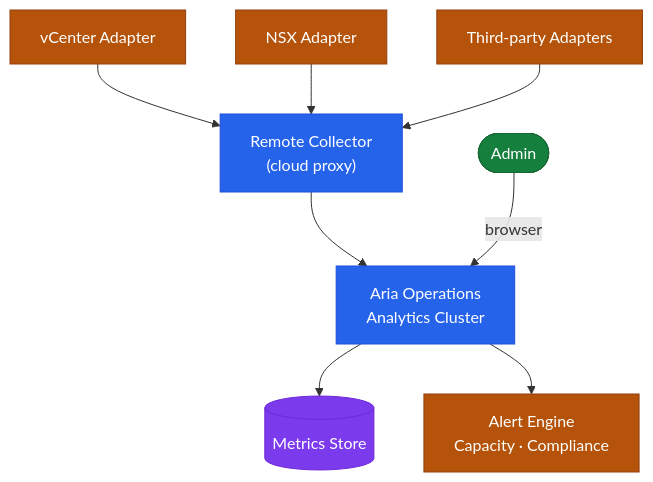
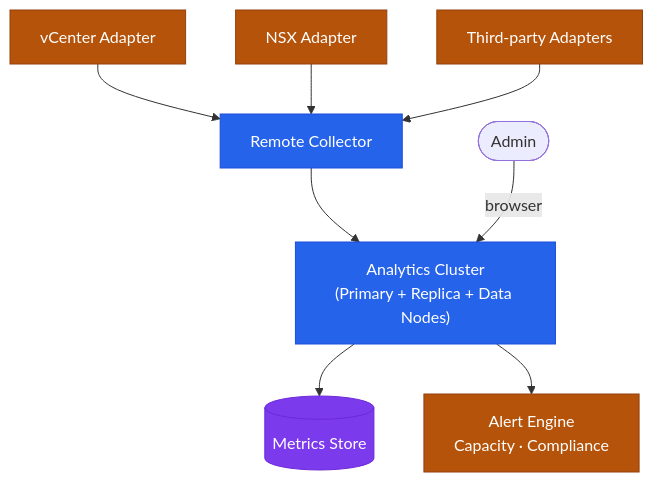
Before and after one commit to canast01/chris-kb: the diagram in docs/monitoring/aria-operations/architecture/index.md, drawn with Mermaid. The commit also changed other lines of this file and 38 other files, not shown here.

First line of the commit message:
Migrate 7 critical architecture pages and fix minor card descriptions

````diff
--- a/docs/monitoring/aria-operations/architecture/index.md
+++ b/docs/monitoring/aria-operations/architecture/index.md
@@ -9,16 +28,14 @@
 ```mermaid
 graph TB
-  ADP1["vCenter Adapter"] & ADP2["NSX Adapter"] & ADP3["Third-party Adapters"] --> COL["Remote Collector\n(cloud proxy)"]
-  COL --> ANAL["Aria Operations\nAnalytics Cluster"]
+  ADP1["vCenter Adapter"] & ADP2["NSX Adapter"] & ADP3["Third-party Adapters"] --> COL["Remote Collector"]
+  COL --> ANAL["Analytics Cluster\n(Primary + Replica + Data Nodes)"]
   ANAL --> DATA[("Metrics Store")]
   ANAL --> ALERTS["Alert Engine\nCapacity · Compliance"]
   ADMIN(["Admin"]) -->|"browser"| ANAL
   classDef ctrl fill:#2563eb,stroke:#1d4ed8,color:#fff
   classDef store fill:#7c3aed,stroke:#6d28d9,color:#fff
-  classDef host fill:#15803d,stroke:#166534,color:#fff
   classDef mgmt fill:#b45309,stroke:#92400e,color:#fff
   class ANAL,COL ctrl
   class DATA store
   class ADP1,ADP2,ADP3,ALERTS mgmt
-  class ADMIN host
 ```
````
